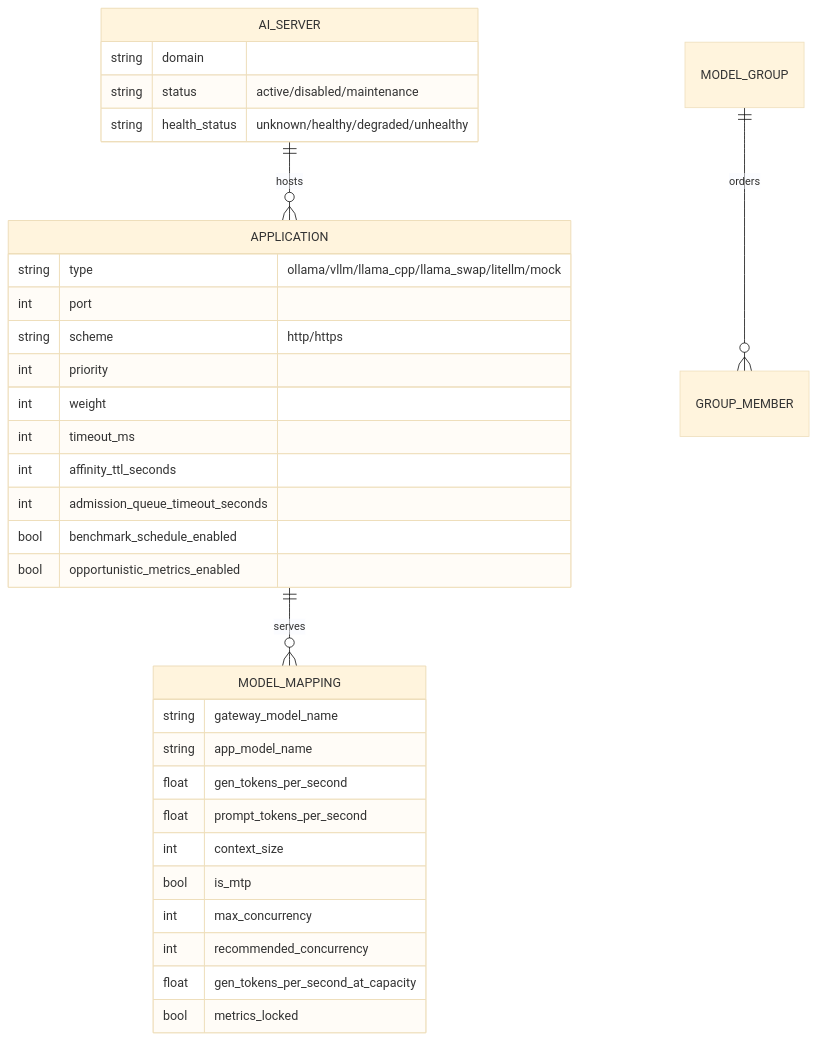
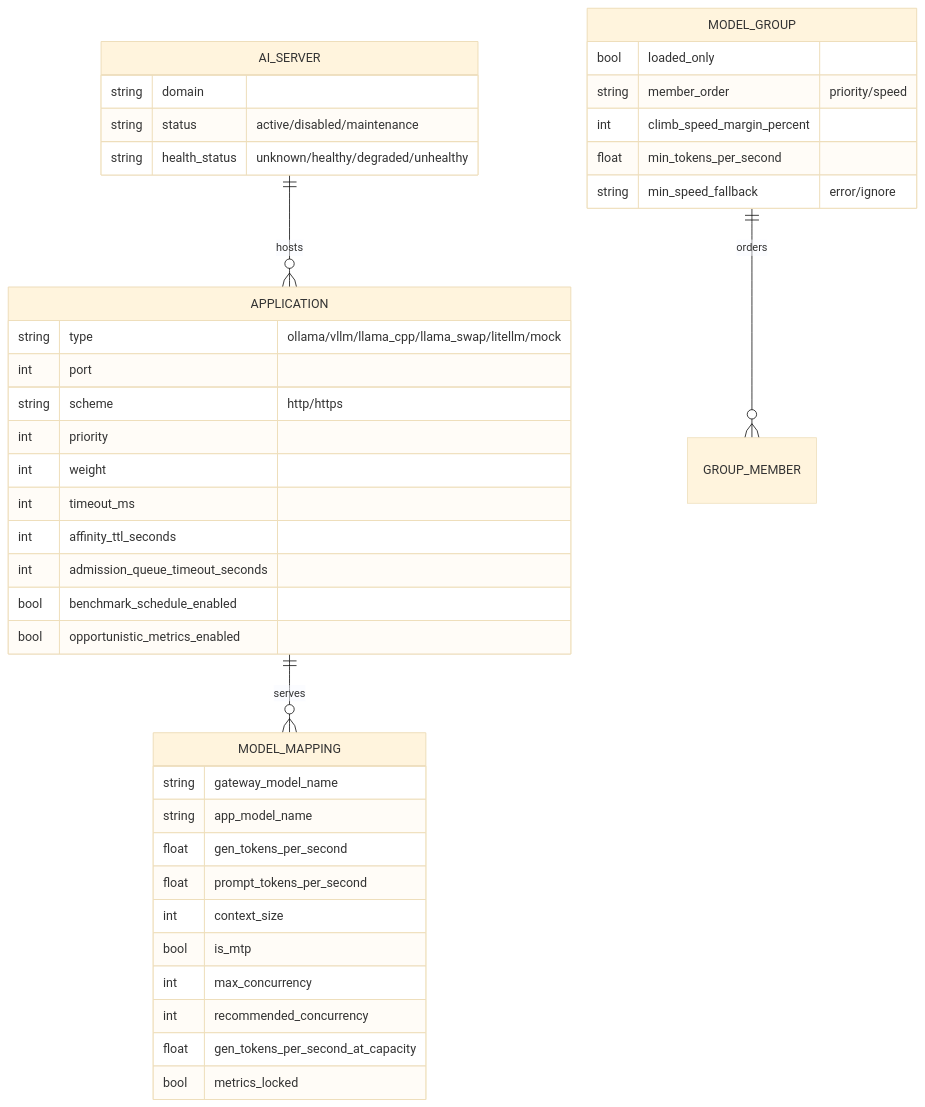
The first of 4 diagrams in docs/architecture/cross-cutting/routing-and-model-selection.md (JLor08/op-ai-gateway), drawn with Mermaid (base theme) before and after one commit. The commit also changed other lines of this file and 29 other files, not shown here.

First line of the commit message:
feat: model group selection (#15)

````diff
--- a/docs/architecture/cross-cutting/routing-and-model-selection.md
+++ b/docs/architecture/cross-cutting/routing-and-model-selection.md
@@ -13,36 +13,43 @@
 ```mermaid
 erDiagram
     AI_SERVER ||--o{ APPLICATION : hosts
     APPLICATION ||--o{ MODEL_MAPPING : serves
     MODEL_GROUP ||--o{ GROUP_MEMBER : orders
 
     AI_SERVER {
         string domain
         string status "active/disabled/maintenance"
         string health_status "unknown/healthy/degraded/unhealthy"
     }
     APPLICATION {
         string type "ollama/vllm/llama_cpp/llama_swap/litellm/mock"
         int port
         string scheme "http/https"
         int priority
         int weight
         int timeout_ms
         int affinity_ttl_seconds
         int admission_queue_timeout_seconds
         bool benchmark_schedule_enabled
         bool opportunistic_metrics_enabled
     }
     MODEL_MAPPING {
         string gateway_model_name
         string app_model_name
         float gen_tokens_per_second
         float prompt_tokens_per_second
         int context_size
         bool is_mtp
         int max_concurrency
         int recommended_concurrency
         float gen_tokens_per_second_at_capacity
         bool metrics_locked
     }
+    MODEL_GROUP {
+        bool loaded_only
+        string member_order "priority/speed"
+        int climb_speed_margin_percent
+        float min_tokens_per_second
+        string min_speed_fallback "error/ignore"
+    }
 ```
````
